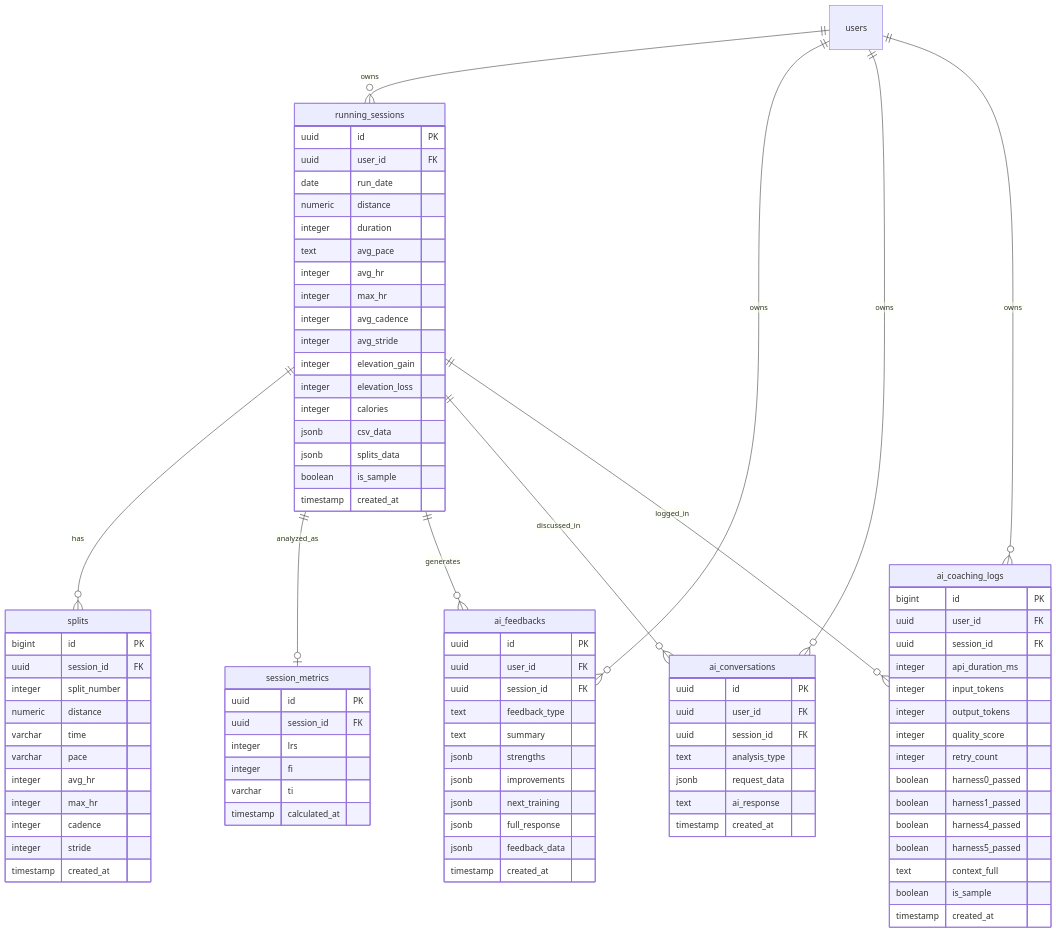
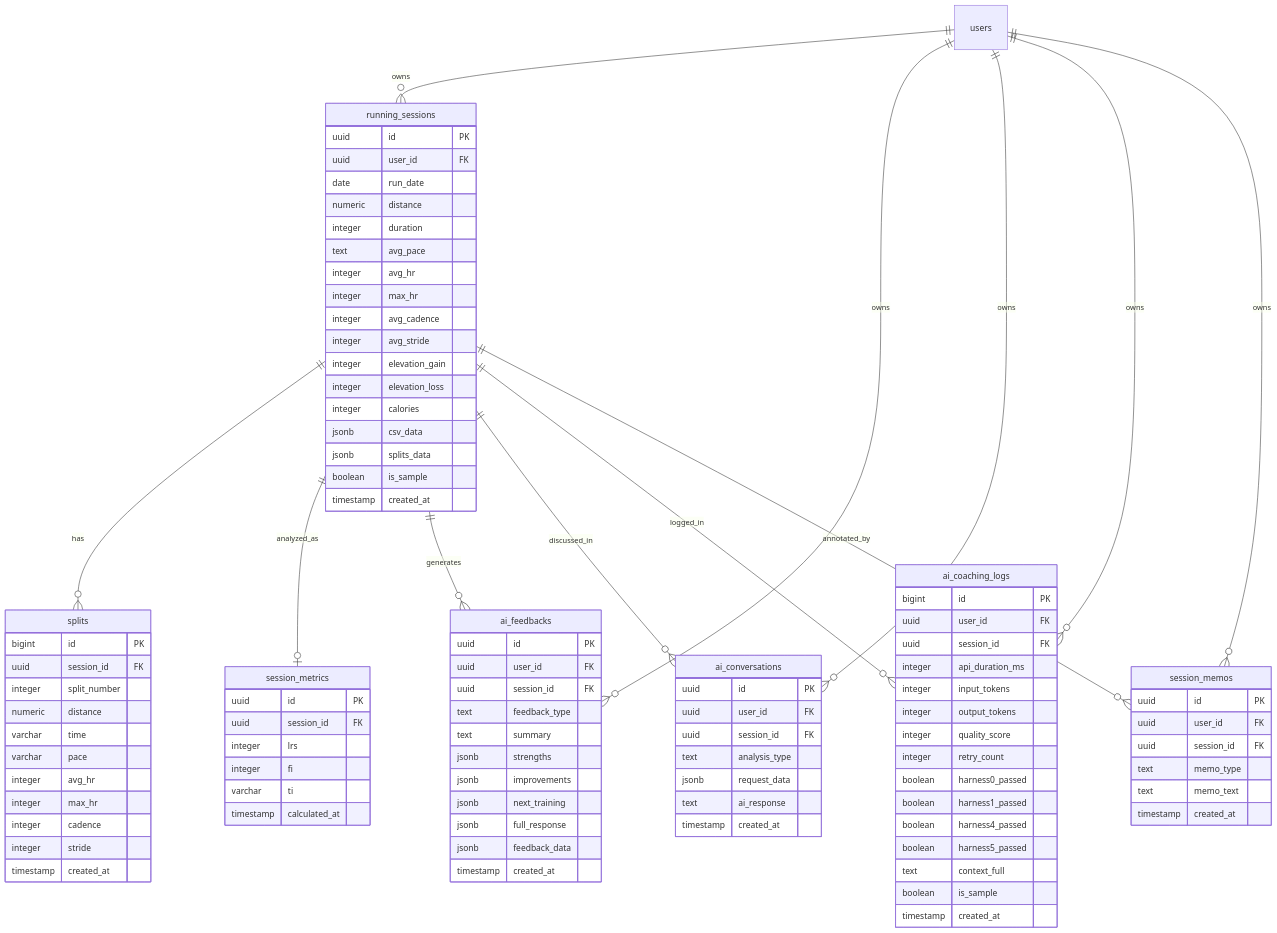
Before and after one commit to jasoonbaek/arcc: the diagram in docs/ERD.md, drawn with Mermaid. The commit also changed other lines of this file, not shown here.

First line of the commit message:
docs(erd): session_memos 테이블 추가 (D-031, 6→7 테이블)

````diff
--- a/docs/ERD.md
+++ b/docs/ERD.md
@@ -16,12 +16,14 @@
     users ||--o{ ai_feedbacks : "owns"
     users ||--o{ ai_conversations : "owns"
     users ||--o{ ai_coaching_logs : "owns"
+    users ||--o{ session_memos : "owns"
 
     running_sessions ||--o{ splits : "has"
     running_sessions ||--o| session_metrics : "analyzed_as"
     running_sessions ||--o{ ai_feedbacks : "generates"
     running_sessions ||--o{ ai_conversations : "discussed_in"
     running_sessions ||--o{ ai_coaching_logs : "logged_in"
+    running_sessions ||--o{ session_memos : "annotated_by"
 
     running_sessions {
         uuid id PK
@@ -107,4 +109,13 @@
         boolean is_sample
         timestamp created_at
     }
+
+    session_memos {
+        uuid id PK
+        uuid user_id FK
+        uuid session_id FK
+        text memo_type
+        text memo_text
+        timestamp created_at
+    }
 ```
````
